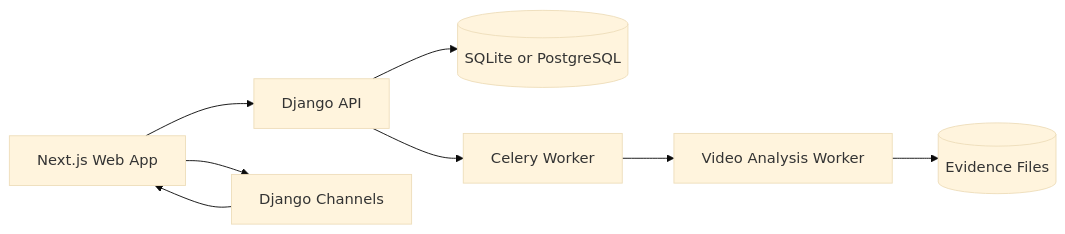
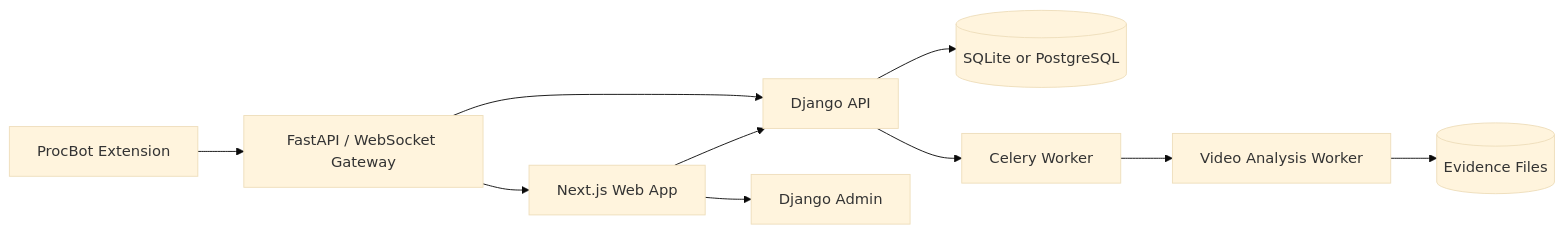
Before and after one commit to Hasib105/sightline: the second of 2 diagrams in README.md, drawn with Mermaid (base theme). The commit also changed other lines of this file and 22 other files, not shown here.

First line of the commit message:
feat: add student exams page with ProcBot monitoring and exam attempt submission

````diff
--- a/README.md
+++ b/README.md
@@ -55,10 +71,12 @@
 ```mermaid
 flowchart LR
   WEB[Next.js Web App] --> API[Django API]
-  WEB --> WS[Django Channels]
+  WEB --> ADMIN[Django Admin]
   API --> DB[(SQLite or PostgreSQL)]
   API --> CEL[Celery Worker]
   CEL --> INF[Video Analysis Worker]
   INF --> OBJ[(Evidence Files)]
-  WS --> WEB
+  PB[ProcBot Extension] --> FAST[FastAPI / WebSocket Gateway]
+  FAST --> API
+  FAST --> WEB
 ```
````
